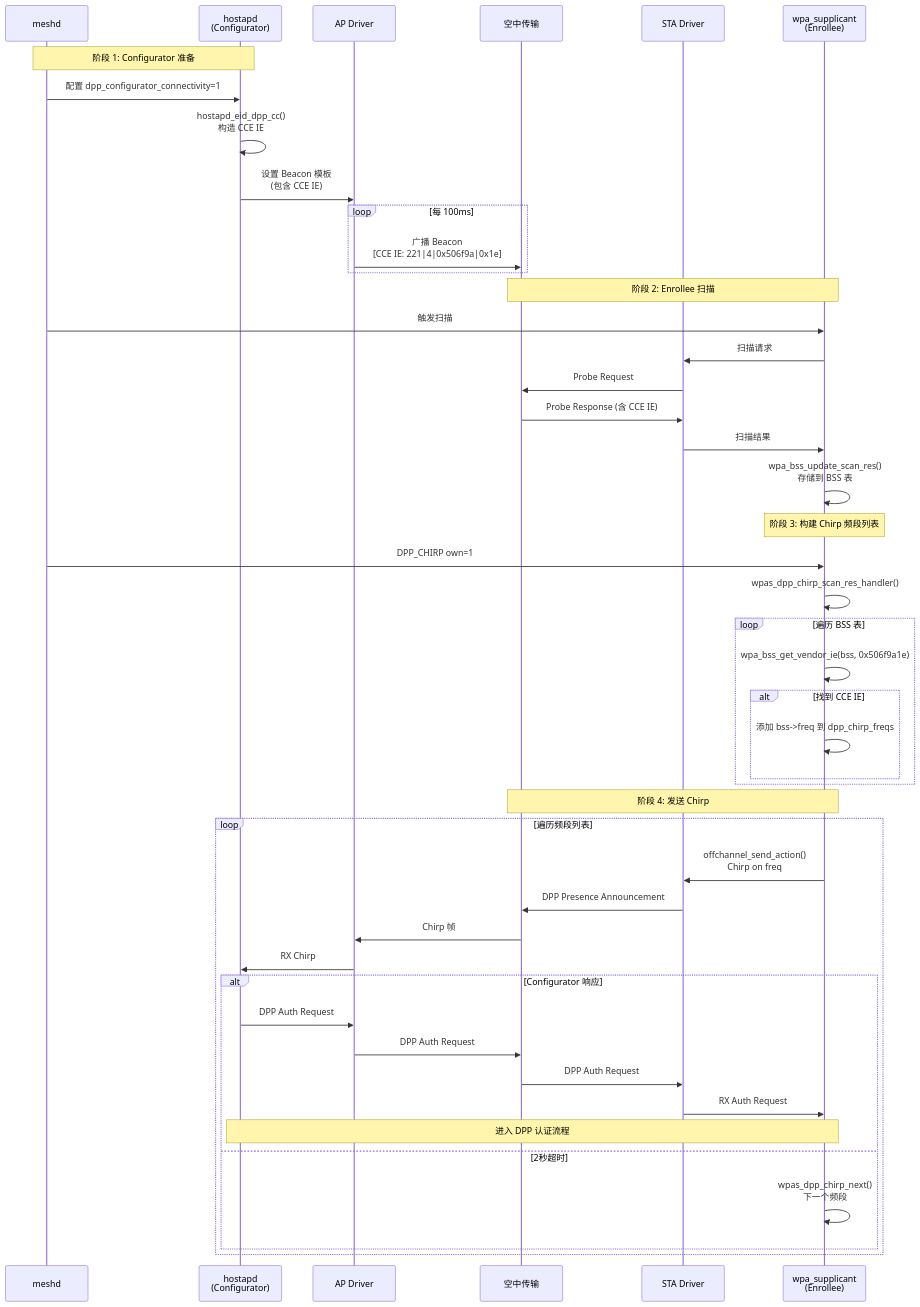
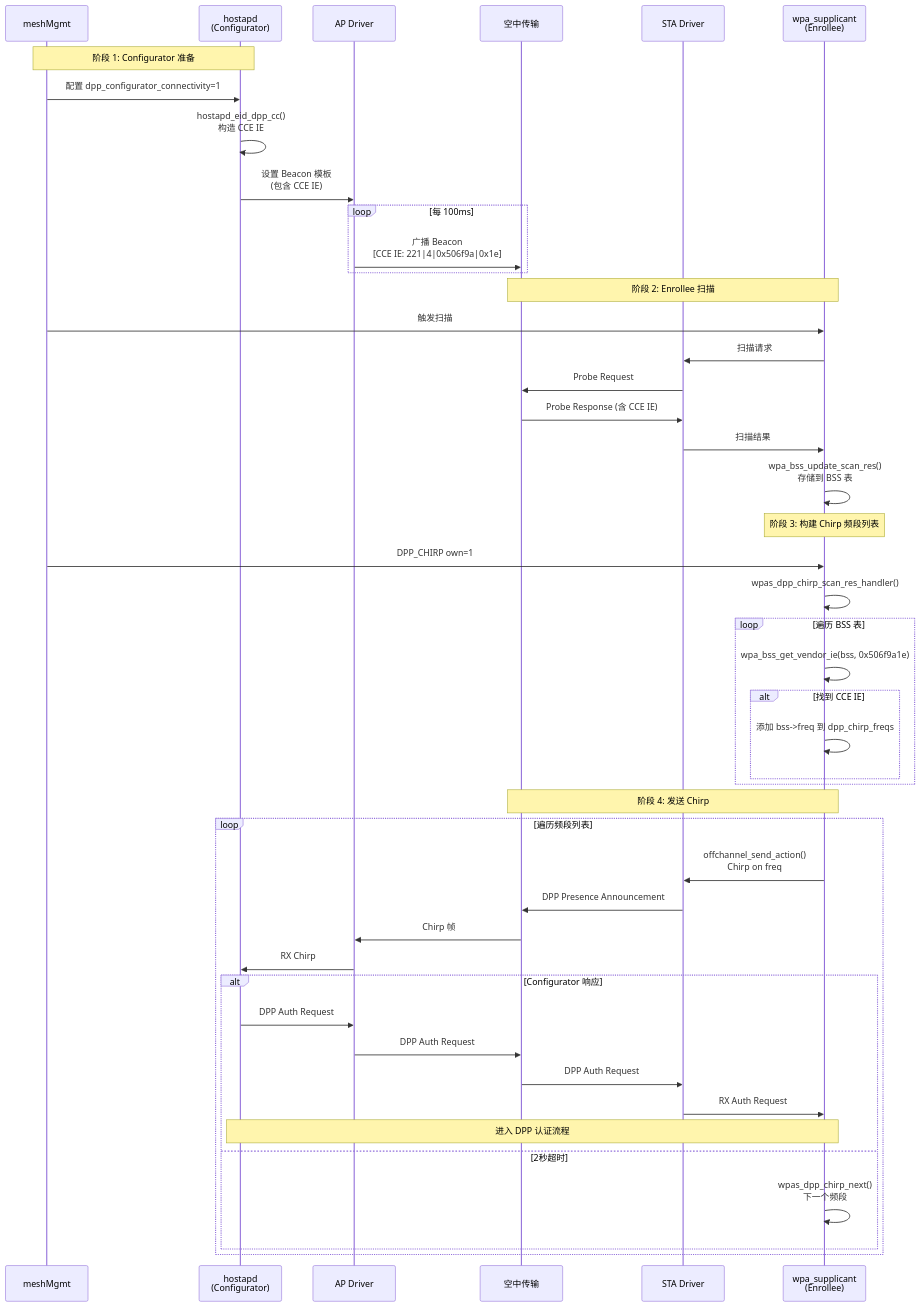
One commit to bjmoonzzz/blog changed the third of 3 diagrams in dpp_new/dpp_CCE_and_Chirp.md. Above: the diagram before and after it, drawn with Mermaid. The commit also changed other lines of this file, not shown here.

````diff
--- a/dpp_new/dpp_CCE_and_Chirp.md
+++ b/dpp_new/dpp_CCE_and_Chirp.md
@@ -611,55 +611,55 @@
 ```mermaid
 sequenceDiagram
-    participant meshd as meshd
+    participant meshMgmt as meshMgmt
     participant hostapd as hostapd<br/>(Configurator)
     participant driver1 as AP Driver
     participant air as 空中传输
     participant driver2 as STA Driver
     participant supplicant as wpa_supplicant<br/>(Enrollee)
 
-    Note over meshd,hostapd: 阶段 1: Configurator 准备
-    meshd->>hostapd: 配置 dpp_configurator_connectivity=1
+    Note over meshMgmt,hostapd: 阶段 1: Configurator 准备
+    meshMgmt->>hostapd: 配置 dpp_configurator_connectivity=1
     hostapd->>hostapd: hostapd_eid_dpp_cc()<br/>构造 CCE IE
     hostapd->>driver1: 设置 Beacon 模板<br/>(包含 CCE IE)
     
     loop 每 100ms
         driver1->>air: 广播 Beacon<br/>[CCE IE: 221|4|0x506f9a|0x1e]
     end
 
     Note over supplicant,air: 阶段 2: Enrollee 扫描
-    meshd->>supplicant: 触发扫描
+    meshMgmt->>supplicant: 触发扫描
     supplicant->>driver2: 扫描请求
     driver2->>air: Probe Request
     air->>driver2: Probe Response (含 CCE IE)
     driver2->>supplicant: 扫描结果
     supplicant->>supplicant: wpa_bss_update_scan_res()<br/>存储到 BSS 表
 
     Note over supplicant: 阶段 3: 构建 Chirp 频段列表
-    meshd->>supplicant: DPP_CHIRP own=1
+    meshMgmt->>supplicant: DPP_CHIRP own=1
     supplicant->>supplicant: wpas_dpp_chirp_scan_res_handler()
     
     loop 遍历 BSS 表
         supplicant->>supplicant: wpa_bss_get_vendor_ie(bss, 0x506f9a1e)
         alt 找到 CCE IE
             supplicant->>supplicant: 添加 bss->freq 到 dpp_chirp_freqs
         end
     end
 
     Note over supplicant,air: 阶段 4: 发送 Chirp
     loop 遍历频段列表
         supplicant->>driver2: offchannel_send_action()<br/>Chirp on freq
         driver2->>air: DPP Presence Announcement
         air->>driver1: Chirp 帧
         driver1->>hostapd: RX Chirp
         
         alt Configurator 响应
             hostapd->>driver1: DPP Auth Request
             driver1->>air: DPP Auth Request
             air->>driver2: DPP Auth Request
             driver2->>supplicant: RX Auth Request
             Note over supplicant,hostapd: 进入 DPP 认证流程
         else 2秒超时
             supplicant->>supplicant: wpas_dpp_chirp_next()<br/>下一个频段
         end
     end
 ```
````
